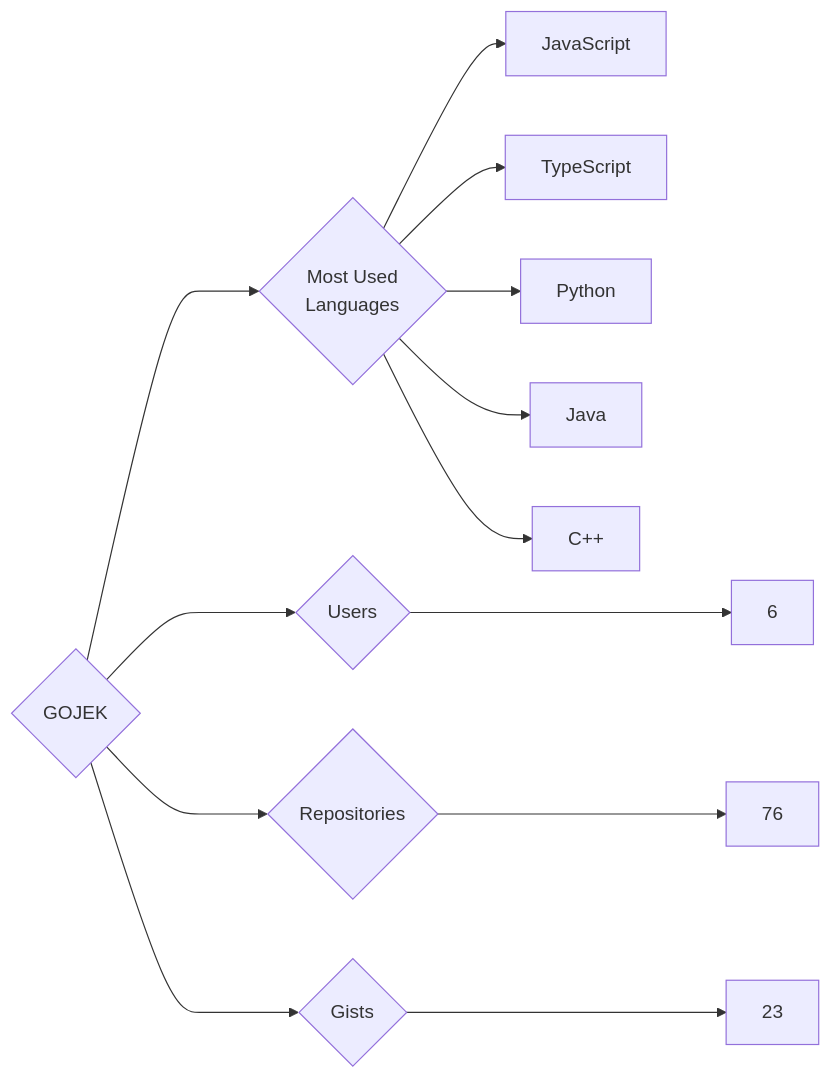
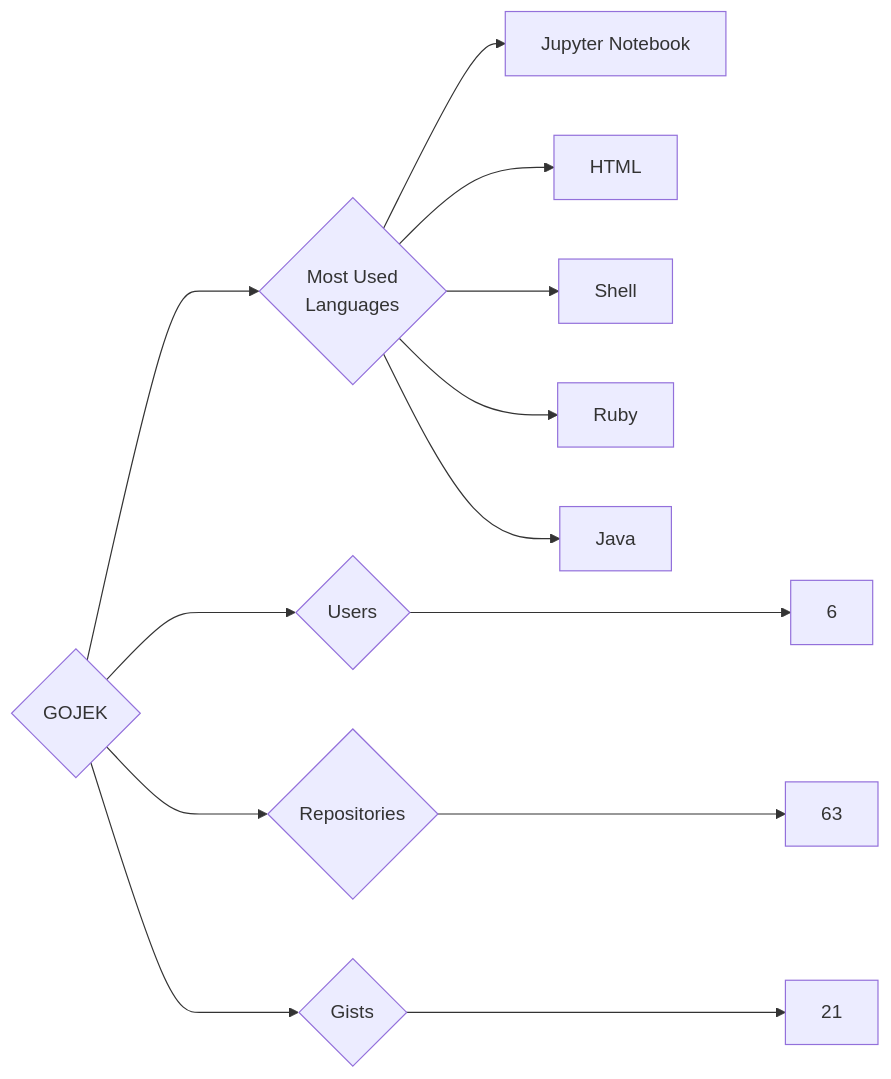
The diagram in targets/GOJEK/README.md (trickest/insiders), drawn with Mermaid before and after one commit. The commit also changed 1055 other files, not shown here.

````diff
--- a/targets/GOJEK/README.md
+++ b/targets/GOJEK/README.md
@@ -3,13 +3,13 @@
 ```mermaid
 graph LR
 COMPANY_NAME{GOJEK}
 COMPANY_NAME ---> U{Users} ---> UN[6]
-COMPANY_NAME ---> R{Repositories} ---> RN[76]
-COMPANY_NAME ---> G{Gists} ---> GN[23]
+COMPANY_NAME ---> R{Repositories} ---> RN[63]
+COMPANY_NAME ---> G{Gists} ---> GN[21]
 COMPANY_NAME ---> ML{Most Used<br>Languages}
-ML --> JavaScript[JavaScript]
-ML --> TypeScript[TypeScript]
-ML --> Python[Python]
+ML --> Jupyter_Notebook[Jupyter Notebook]
+ML --> HTML[HTML]
+ML --> Shell[Shell]
+ML --> Ruby[Ruby]
 ML --> Java[Java]
-ML --> C++[C++]
 ```
````
